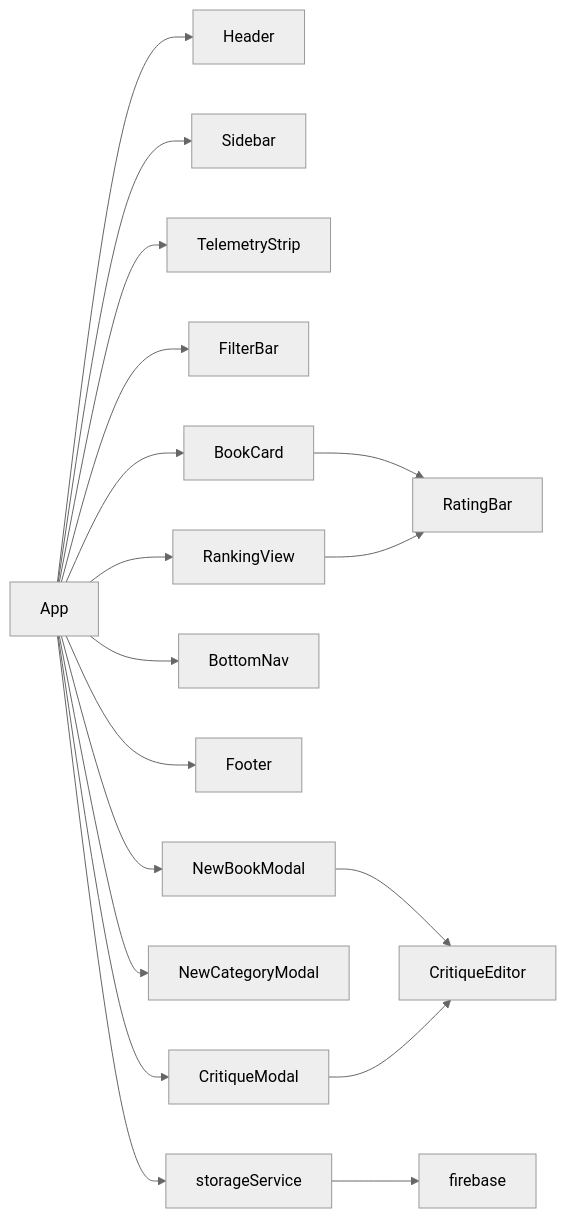
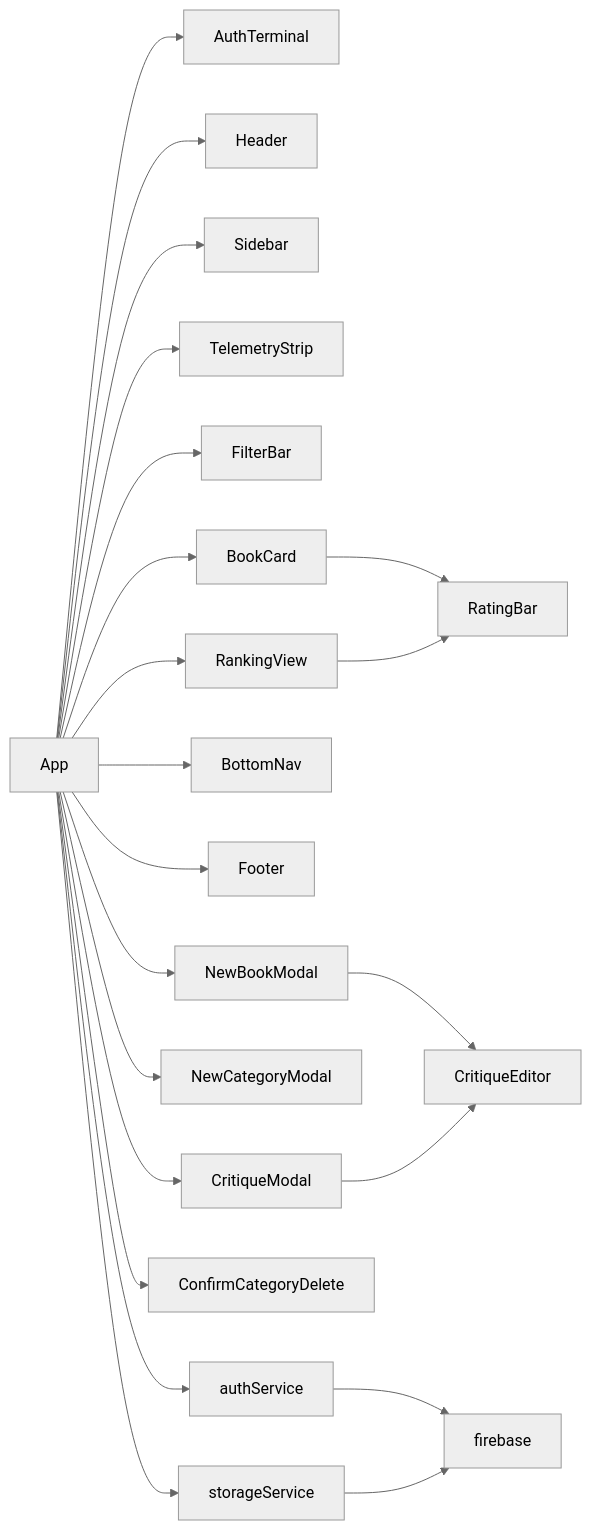
The third of 5 diagrams in docs/arquitetura-der.md (Glins-dev/librarytrix), drawn with Mermaid (neutral theme) before and after one commit. The commit also changed other lines of this file and 14 other files, not shown here.

````diff
--- a/docs/arquitetura-der.md
+++ b/docs/arquitetura-der.md
@@ -28,10 +35,11 @@
 ```mermaid
 flowchart LR
-  App --> Header & Sidebar & TelemetryStrip & FilterBar & BookCard & RankingView & BottomNav & Footer
-  App --> NewBookModal & NewCategoryModal & CritiqueModal
+  App --> AuthTerminal & Header & Sidebar & TelemetryStrip & FilterBar & BookCard & RankingView & BottomNav & Footer
+  App --> NewBookModal & NewCategoryModal & CritiqueModal & ConfirmCategoryDelete
   NewBookModal --> CritiqueEditor
   CritiqueModal --> CritiqueEditor
   BookCard --> RatingBar
   RankingView --> RatingBar
+  App --> authService --> firebase
   App --> storageService --> firebase
 ```
````
